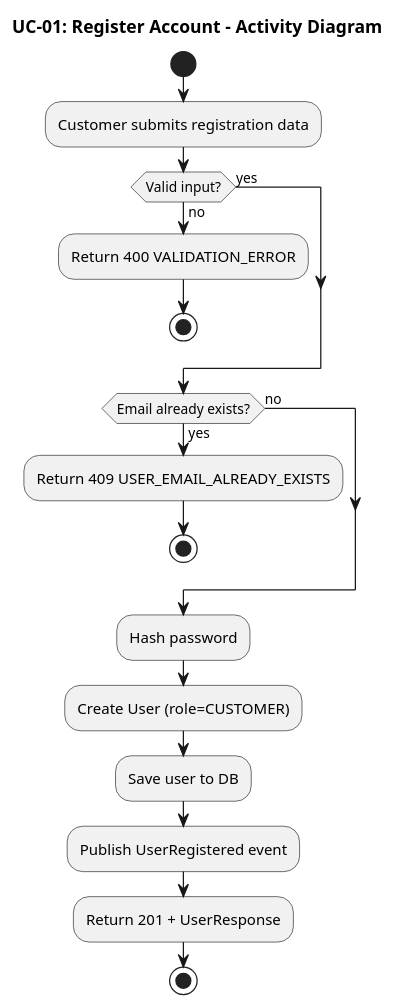
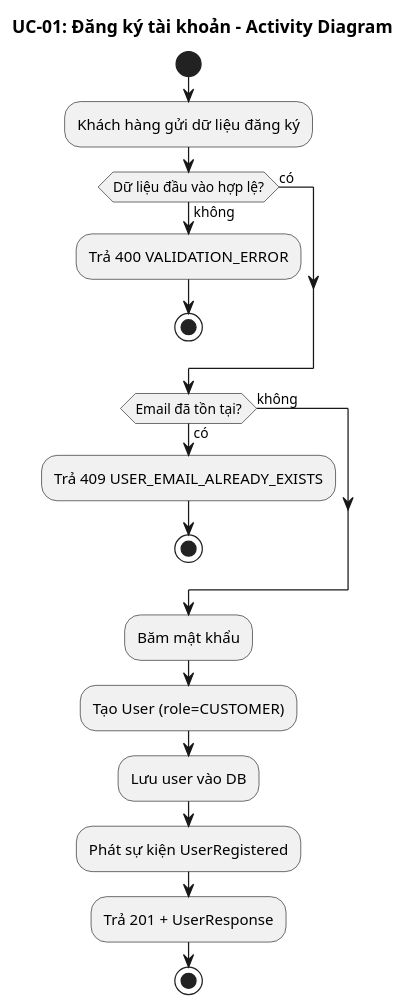
One commit to Phunguy65/train-ticket-booking-system-plus changed the third of 7 diagrams in docs/usecases/UC-01-dang-ky-tai-khoan.md. Above: the diagram before and after it, drawn with PlantUML. The commit also changed other lines of this file and 14 other files, not shown here.

````diff
--- a/docs/usecases/UC-01-dang-ky-tai-khoan.md
+++ b/docs/usecases/UC-01-dang-ky-tai-khoan.md
@@ -42,29 +60,29 @@
 ```plantuml
 @startuml UC-01-activity
-title UC-01: Register Account - Activity Diagram
+title UC-01: Đăng ký tài khoản - Activity Diagram
 
 start
 
-:Customer submits registration data;
+:Khách hàng gửi dữ liệu đăng ký;
 
-if (Valid input?) then (no)
-  :Return 400 VALIDATION_ERROR;
+if (Dữ liệu đầu vào hợp lệ?) then (không)
+  :Trả 400 VALIDATION_ERROR;
   stop
-else (yes)
+else (có)
 endif
 
-if (Email already exists?) then (yes)
-  :Return 409 USER_EMAIL_ALREADY_EXISTS;
+if (Email đã tồn tại?) then (có)
+  :Trả 409 USER_EMAIL_ALREADY_EXISTS;
   stop
-else (no)
+else (không)
 endif
 
-:Hash password;
-:Create User (role=CUSTOMER);
-:Save user to DB;
-:Publish UserRegistered event;
-:Return 201 + UserResponse;
+:Băm mật khẩu;
+:Tạo User (role=CUSTOMER);
+:Lưu user vào DB;
+:Phát sự kiện UserRegistered;
+:Trả 201 + UserResponse;
 
 stop
 @enduml
 ```
````
